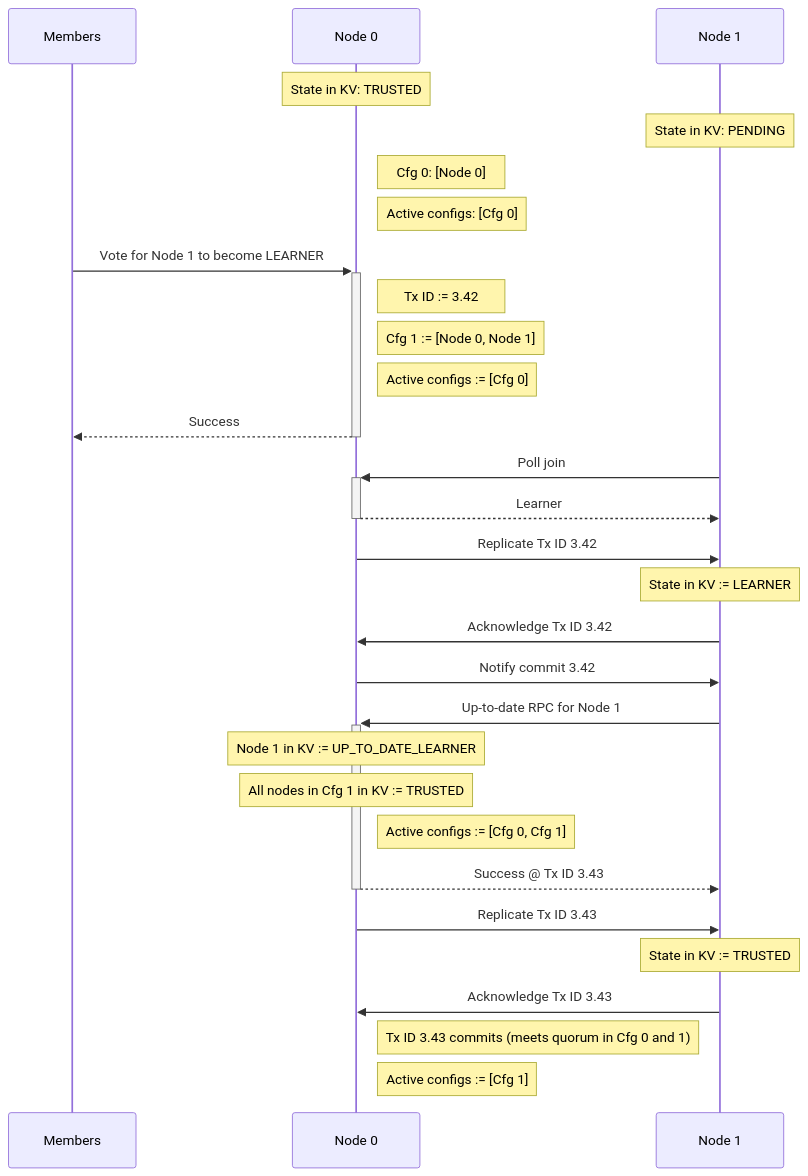
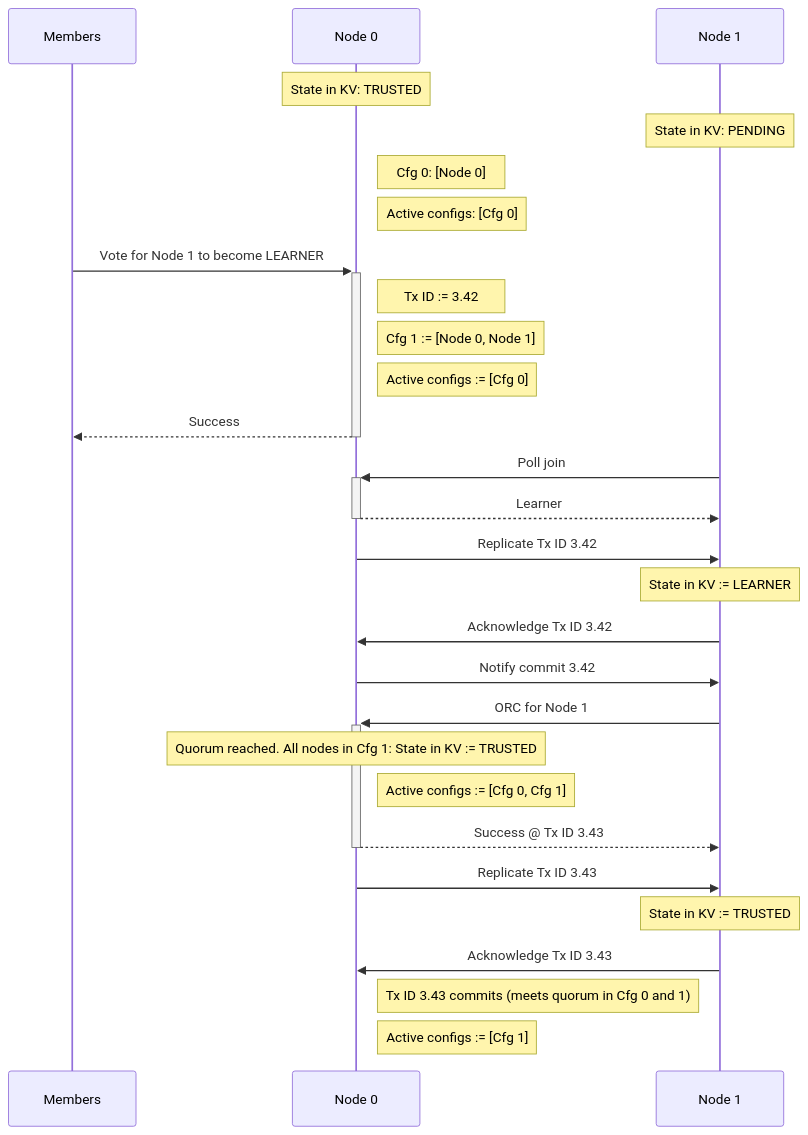
The third of 8 diagrams in doc/overview/consensus.rst (microsoft/CCF), drawn with Mermaid before and after one commit. The commit also changed other lines of this file, not shown here.

```diff
--- a/doc/overview/consensus.rst
+++ b/doc/overview/consensus.rst
@@ -143,42 +144,40 @@
 .. mermaid::
 
     sequenceDiagram
         participant Members
         participant Node 0
         participant Node 1
 
         Note over Node 0: State in KV: TRUSTED
         Note over Node 1: State in KV: PENDING
 
         Note right of Node 0: Cfg 0: [Node 0]
         Note right of Node 0: Active configs: [Cfg 0]
 
         Members->>+Node 0: Vote for Node 1 to become LEARNER
 
         Note right of Node 0: Tx ID := 3.42
         Note right of Node 0: Cfg 1 := [Node 0, Node 1]
         Note right of Node 0: Active configs := [Cfg 0]
         Node 0-->>-Members: Success
 
         Node 1->>+Node 0: Poll join
         Node 0-->>-Node 1: Learner
 
         Node 0->>Node 1: Replicate Tx ID 3.42
         Note over Node 1: State in KV := LEARNER
         Node 1->>Node 0: Acknowledge Tx ID 3.42
 
         Node 0->>Node 1: Notify commit 3.42
 
-        Node 1->>+Node 0: Up-to-date RPC for Node 1
-        Note over Node 0: Node 1 in KV := UP_TO_DATE_LEARNER
-        Note over Node 0: All nodes in Cfg 1 in KV := TRUSTED
+        Node 1->>+Node 0: ORC for Node 1
+        Note over Node 0: Quorum reached. All nodes in Cfg 1: State in KV := TRUSTED
         Note right of Node 0: Active configs := [Cfg 0, Cfg 1]
         Node 0-->>-Node 1: Success @ Tx ID 3.43
 
         Node 0->>Node 1: Replicate Tx ID 3.43
         Note over Node 1: State in KV := TRUSTED
         Node 1->>Node 0: Acknowledge Tx ID 3.43
 
-
         Note right of Node 0: Tx ID 3.43 commits (meets quorum in Cfg 0 and 1)
         Note right of Node 0: Active configs := [Cfg 1]
```
